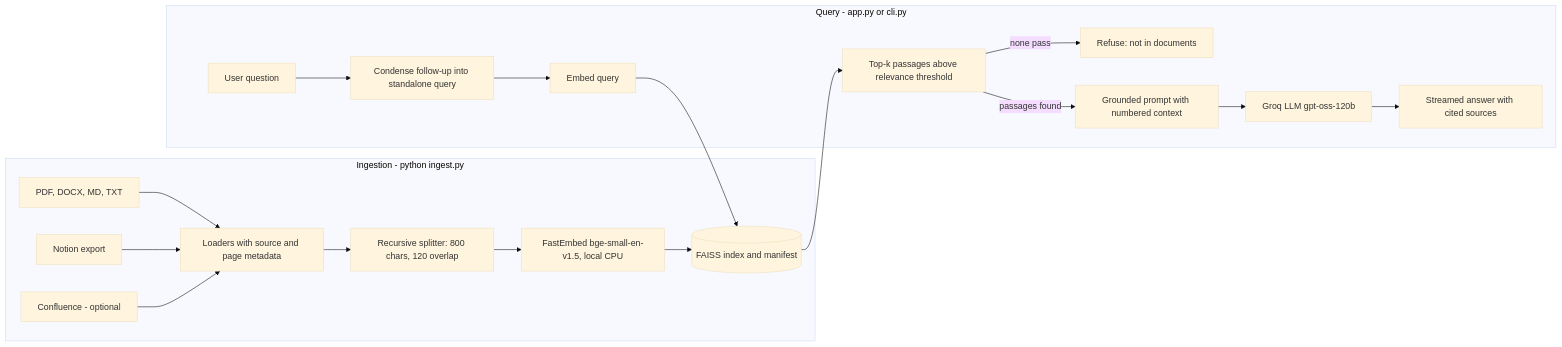
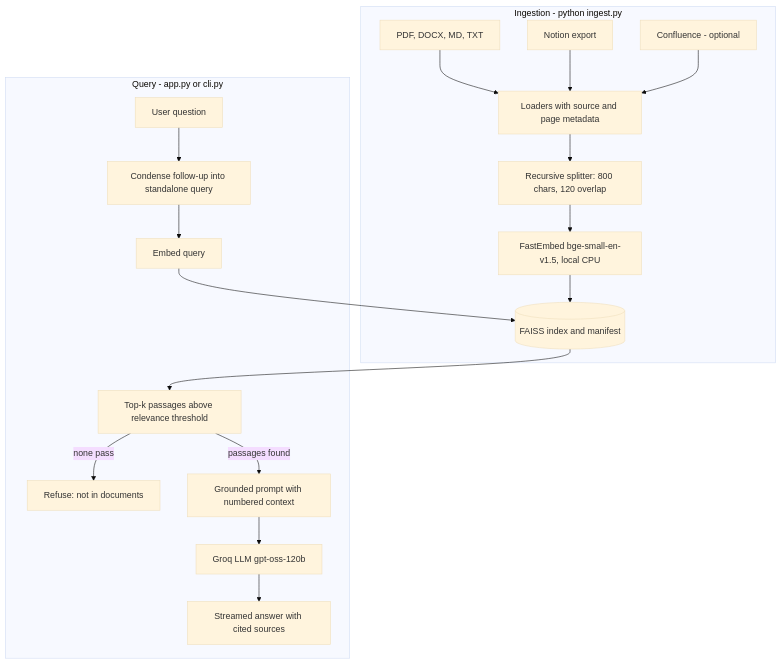
Before and after one commit to arpit-k16/RAG-Company-Docs-Chatbot: the diagram in README.md, drawn with Mermaid (base theme).

Commit message:
Use top-down layout for architecture diagram

````diff
--- a/README.md
+++ b/README.md
@@ -57,22 +57,22 @@
 ```mermaid
-flowchart LR
+flowchart TB
     subgraph ING["Ingestion - python ingest.py"]
         A["PDF, DOCX, MD, TXT"] --> L["Loaders with source and page metadata"]
         N["Notion export"] --> L
         C["Confluence - optional"] --> L
         L --> S["Recursive splitter: 800 chars, 120 overlap"]
         S --> E1["FastEmbed bge-small-en-v1.5, local CPU"]
         E1 --> V[("FAISS index and manifest")]
     end
 
     subgraph QRY["Query - app.py or cli.py"]
         Q["User question"] --> R["Condense follow-up into standalone query"]
         R --> E2["Embed query"]
         E2 --> V
         V --> K["Top-k passages above relevance threshold"]
         K -- "none pass" --> X["Refuse: not in documents"]
         K -- "passages found" --> P["Grounded prompt with numbered context"]
         P --> G["Groq LLM gpt-oss-120b"]
         G --> O["Streamed answer with cited sources"]
     end
 ```
````
